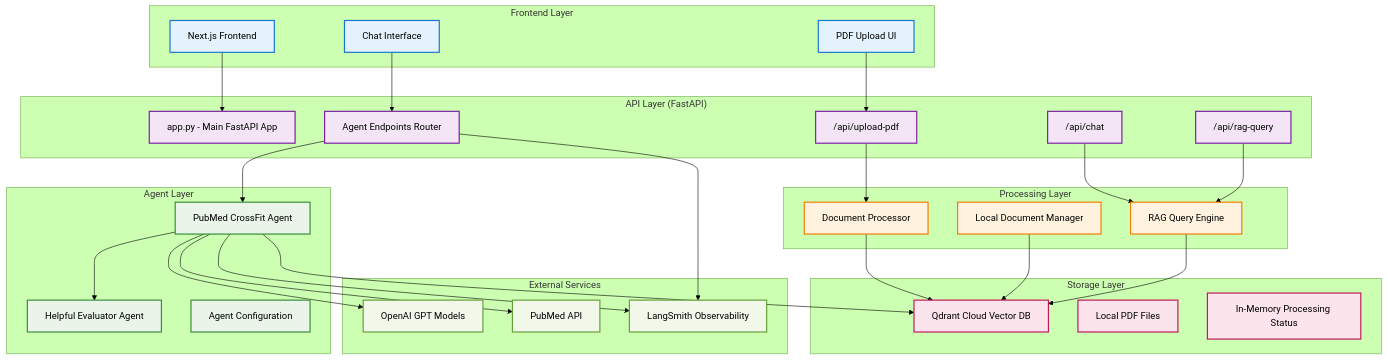
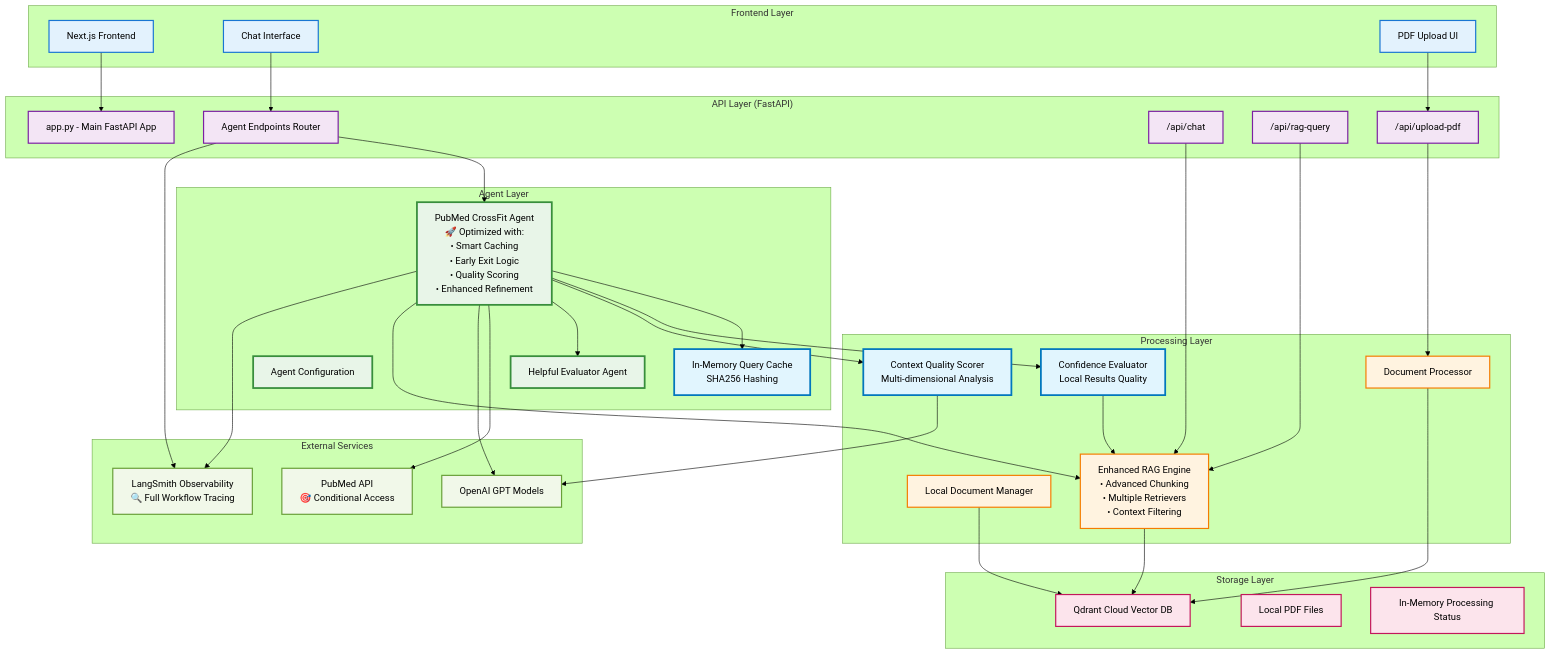
One commit to calevgian100/ai-certification-challenge changed the diagram in docs/component-architecture.md. Above: the diagram before and after it, drawn with Mermaid (forest theme). The commit also changed other lines of this file and 4 other files, not shown here.

Commit message:
diagrams and fixes

````diff
--- a/docs/component-architecture.md
+++ b/docs/component-architecture.md
@@ -7,7 +7,7 @@
         Chat[Chat Interface]
         Upload[PDF Upload UI]
     end
-    
+
     subgraph "API Layer (FastAPI)"
         App[app.py - Main FastAPI App]
         AgentRouter[Agent Endpoints Router]
@@ -15,65 +15,76 @@
         RAGEndpoint["/api/rag-query"]
         UploadEndpoint["/api/upload-pdf"]
     end
-    
+
     subgraph "Agent Layer"
-        PubMedAgent[PubMed CrossFit Agent]
+        PubMedAgent[PubMed CrossFit Agent<br/>🚀 Optimized with:<br/>• Smart Caching<br/>• Early Exit Logic<br/>• Quality Scoring<br/>• Enhanced Refinement]
         HelpfulEvaluator[Helpful Evaluator Agent]
         AgentConfig[Agent Configuration]
+        AgentCache[In-Memory Query Cache<br/>SHA256 Hashing]
     end
-    
+
     subgraph "Processing Layer"
         DocProcessor[Document Processor]
         LocalDocManager[Local Document Manager]
-        RAGEngine[RAG Query Engine]
+        RAGEngine[Enhanced RAG Engine<br/>• Advanced Chunking<br/>• Multiple Retrievers<br/>• Context Filtering]
+        ConfidenceEval[Confidence Evaluator<br/>Local Results Quality]
+        QualityScorer[Context Quality Scorer<br/>Multi-dimensional Analysis]
     end
-    
+
     subgraph "Storage Layer"
         QdrantCloud[Qdrant Cloud Vector DB]
         LocalPDFs[Local PDF Files]
         ProcessingStatus[In-Memory Processing Status]
     end
-    
+
     subgraph "External Services"
         OpenAI[OpenAI GPT Models]
-        PubMedAPI[PubMed API]
-        LangSmith[LangSmith Observability]
+        PubMedAPI[PubMed API<br/>🎯 Conditional Access]
+        LangSmith[LangSmith Observability<br/>🔍 Full Workflow Tracing]
     end
-    
+
     %% Connections
     UI --> App
     Chat --> AgentRouter
     Upload --> UploadEndpoint
-    
+
     AgentRouter --> PubMedAgent
     ChatEndpoint --> RAGEngine
     RAGEndpoint --> RAGEngine
     UploadEndpoint --> DocProcessor
-    
+
+    PubMedAgent --> AgentCache
+    PubMedAgent --> ConfidenceEval
+    PubMedAgent --> QualityScorer
     PubMedAgent --> HelpfulEvaluator
     PubMedAgent --> PubMedAPI
     PubMedAgent --> OpenAI
-    PubMedAgent --> QdrantCloud
-    
+    PubMedAgent --> RAGEngine
+
+    ConfidenceEval --> RAGEngine
+    QualityScorer --> OpenAI
+
     DocProcessor --> QdrantCloud
     LocalDocManager --> QdrantCloud
     RAGEngine --> QdrantCloud
-    
+
     PubMedAgent --> LangSmith
     AgentRouter --> LangSmith
-    
+
     %% Styling
     classDef frontend fill:#e3f2fd,stroke:#1976d2,stroke-width:2px
     classDef api fill:#f3e5f5,stroke:#7b1fa2,stroke-width:2px
-    classDef agent fill:#e8f5e8,stroke:#388e3c,stroke-width:2px
+    classDef agent fill:#e8f5e8,stroke:#388e3c,stroke-width:3px
     classDef processing fill:#fff3e0,stroke:#f57c00,stroke-width:2px
     classDef storage fill:#fce4ec,stroke:#c2185b,stroke-width:2px
     classDef external fill:#f1f8e9,stroke:#689f38,stroke-width:2px
-    
+    classDef optimization fill:#e1f5fe,stroke:#0277bd,stroke-width:3px
+
     class UI,Chat,Upload frontend
     class App,AgentRouter,ChatEndpoint,RAGEndpoint,UploadEndpoint api
     class PubMedAgent,HelpfulEvaluator,AgentConfig agent
     class DocProcessor,LocalDocManager,RAGEngine processing
     class QdrantCloud,LocalPDFs,ProcessingStatus storage
     class OpenAI,PubMedAPI,LangSmith external
+    class AgentCache,ConfidenceEval,QualityScorer optimization
 ```
````
